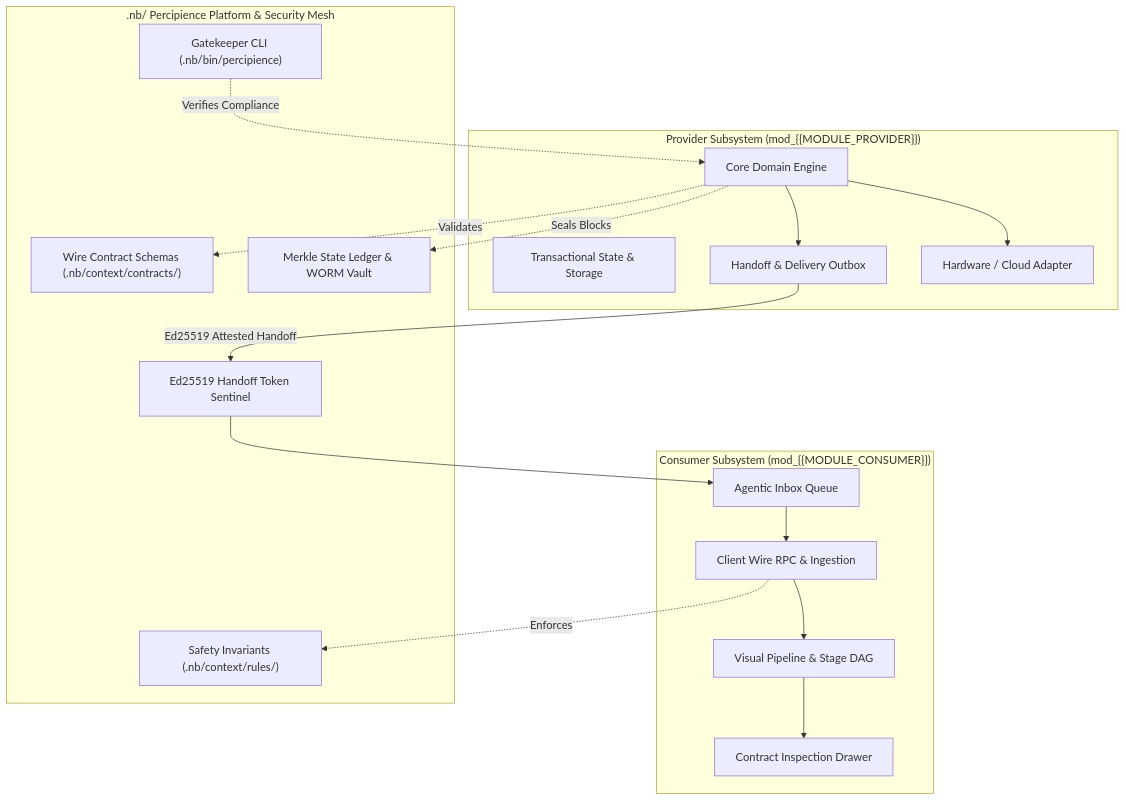
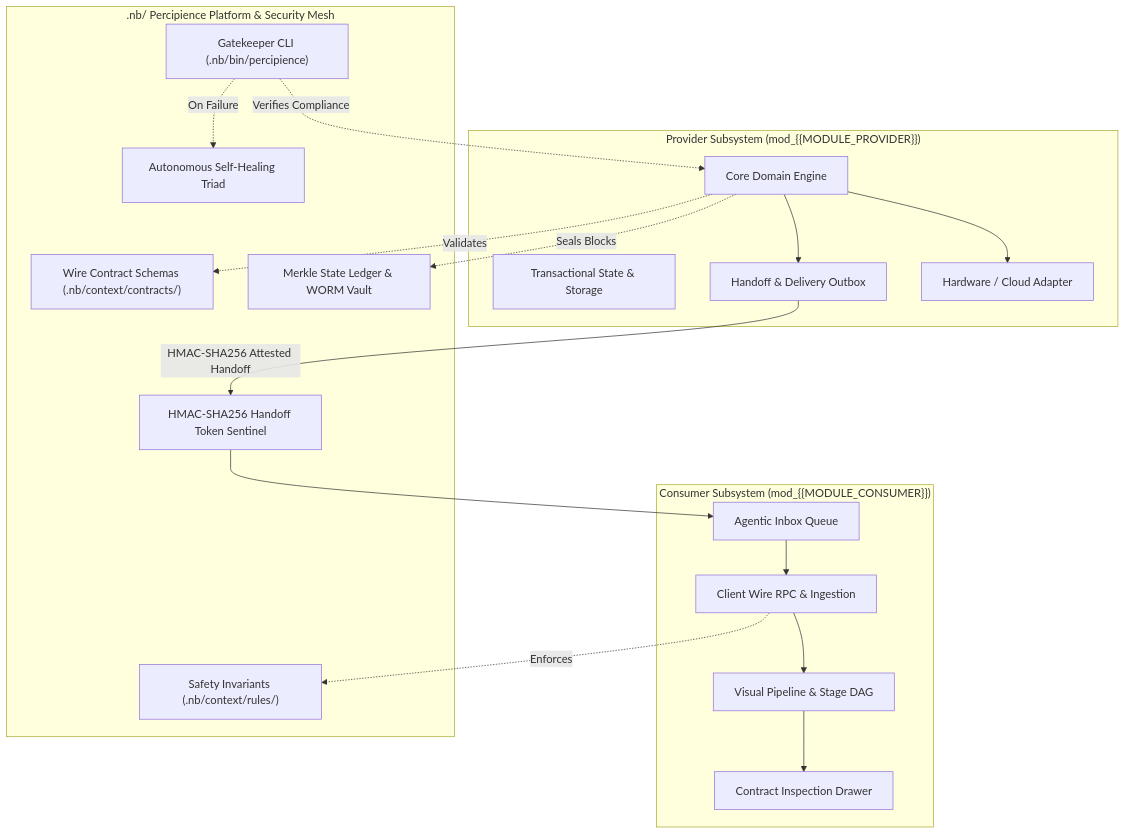
Before and after one commit to lakhwindersingh/nb_fairyfly: the first of 3 diagrams in .nb/plan/templates/detailed.md, drawn with Mermaid. The commit also changed other lines of this file and 17 other files, not shown here.

````diff
--- a/.nb/plan/templates/detailed.md
+++ b/.nb/plan/templates/detailed.md
@@ -45,37 +53,39 @@
 ```mermaid
 graph TD
   subgraph Provider_Subsystem["Provider Subsystem (mod_{{MODULE_PROVIDER}})"]
     EngineCore["Core Domain Engine"]
     StateStore["Transactional State & Storage"]
     OutboxQueue["Handoff & Delivery Outbox"]
     AdapterBridge["Hardware / Cloud Adapter"]
   end
 
   subgraph Consumer_Subsystem["Consumer Subsystem (mod_{{MODULE_CONSUMER}})"]
     ClientRpc["Client Wire RPC & Ingestion"]
     InboxQueue["Agentic Inbox Queue"]
     PipelineView["Visual Pipeline & Stage DAG"]
     ContractDrawer["Contract Inspection Drawer"]
   end
 
   subgraph Governance_Platform[".nb/ Percipience Platform & Security Mesh"]
     ContractSchema["Wire Contract Schemas (.nb/context/contracts/)"]
     RuleInvariants["Safety Invariants (.nb/context/rules/)"]
     MerkleChain["Merkle State Ledger & WORM Vault"]
-    TokenValidator["Ed25519 Handoff Token Sentinel"]
+    TokenValidator["HMAC-SHA256 Handoff Token Sentinel"]
     GatekeeperCli["Gatekeeper CLI (.nb/bin/percipience)"]
+    HealingEngine["Autonomous Self-Healing Triad"]
   end
 
   EngineCore --> AdapterBridge
   EngineCore --> OutboxQueue
-  OutboxQueue -->|Ed25519 Attested Handoff| TokenValidator
+  OutboxQueue -->|HMAC-SHA256 Attested Handoff| TokenValidator
   TokenValidator --> InboxQueue
   InboxQueue --> ClientRpc
   ClientRpc --> PipelineView
   PipelineView --> ContractDrawer
 
   EngineCore -.->|Validates| ContractSchema
   ClientRpc -.->|Enforces| RuleInvariants
   EngineCore -.->|Seals Blocks| MerkleChain
   GatekeeperCli -.->|Verifies Compliance| EngineCore
+  GatekeeperCli -.->|On Failure| HealingEngine
 ```
````
